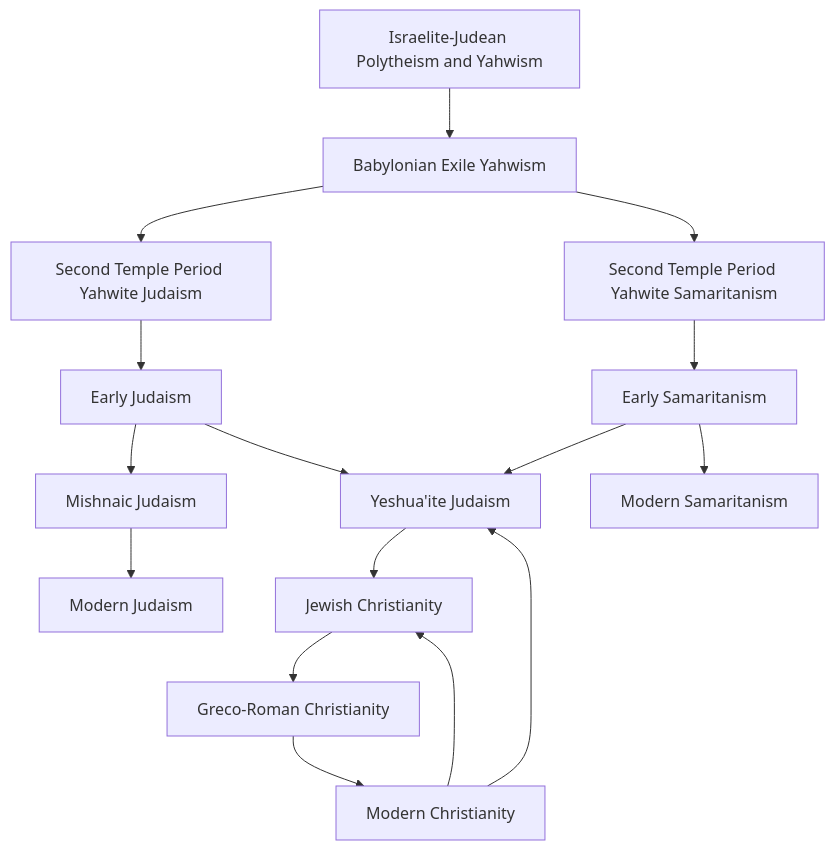
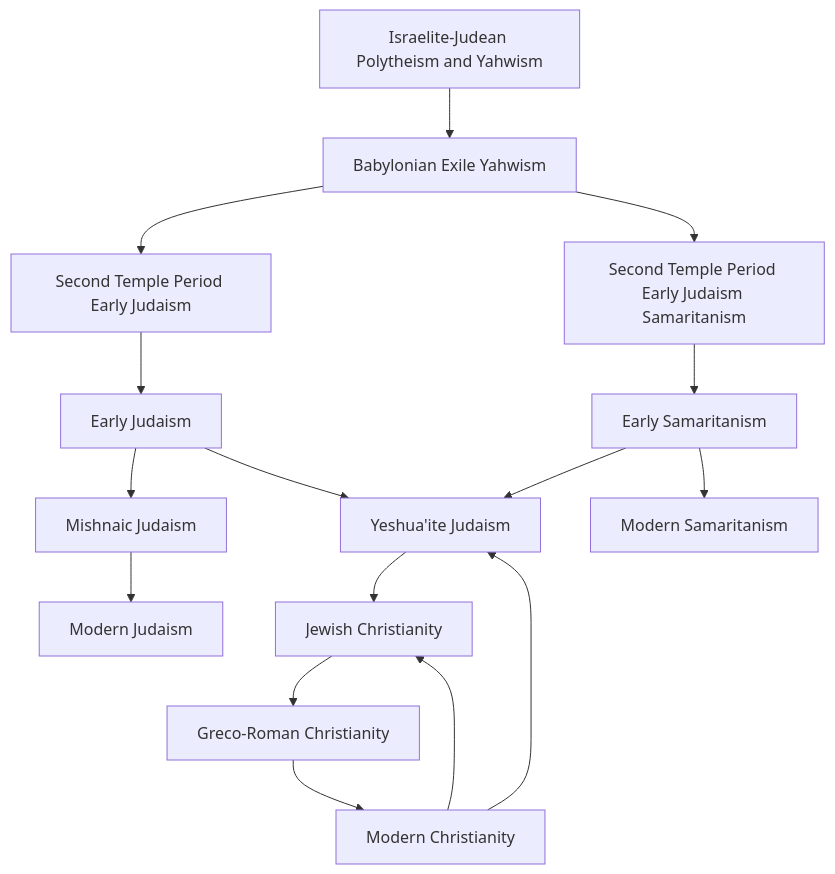
The diagram in emergence_of_judaism_and_samaritanism.mermaid (bendqh1/mermaid), drawn with Mermaid before and after one commit.

```diff
--- a/emergence_of_judaism_and_samaritanism.mermaid
+++ b/emergence_of_judaism_and_samaritanism.mermaid
@@ -1,20 +1,20 @@
 flowchart TD
     A1[Israelite-Judean Polytheism and Yahwism]
     A1 --> A2[Babylonian Exile Yahwism]
-    A2 --> A3[Second Temple Period Yahwite Judaism] 
-    A2 --> A4[Second Temple Period Yahwite Samaritanism]
+    A2 --> A3[Second Temple Period Early Judaism] 
+    A2 --> A4[Second Temple Period Early Judaism Samaritanism]
 
     A3 --> B1[Early Judaism]
     A4 --> B2[Early Samaritanism]
 
     B1 --> C1[Mishnaic Judaism]
     B1 & B2 --> C2[Yeshua'ite Judaism]
 
     C1 --> D1[Modern Judaism]
     B2 --> D2[Modern Samaritanism]
     
     C2 --> XX1[Jewish Christianity]
     XX1 --> XX2[Greco-Roman Christianity]
     XX2 --> XX3[Modern Christianity]
 
     XX3 --> C2 & XX1
```
